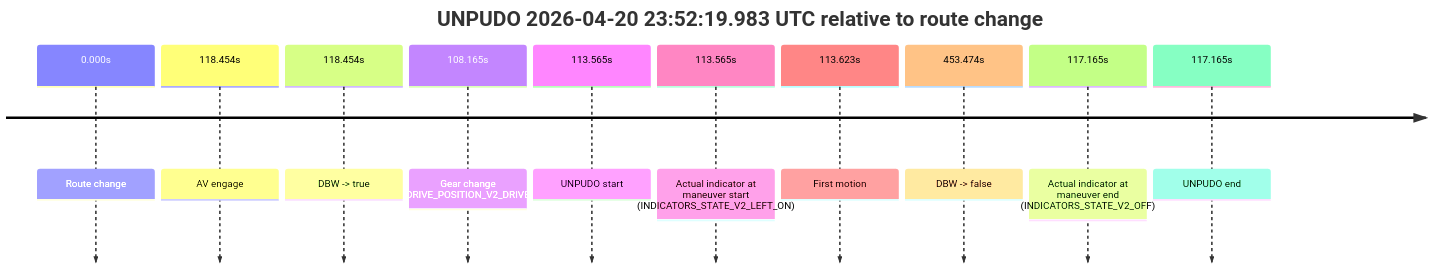
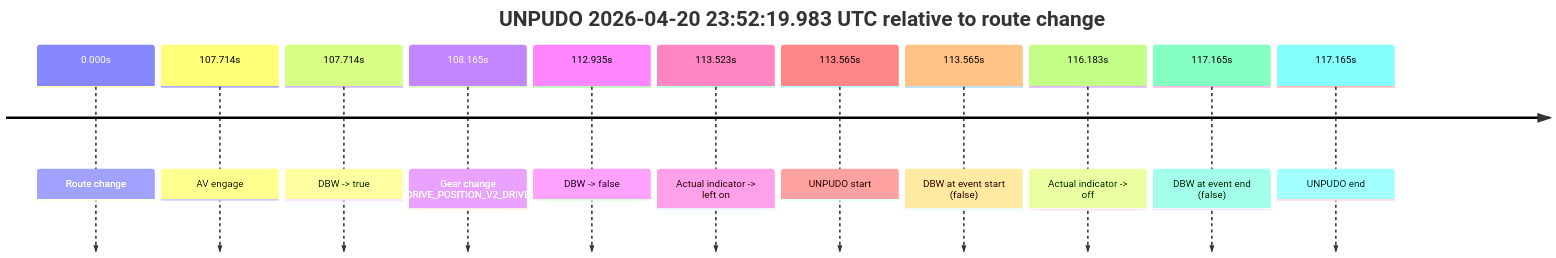
Before and after one commit to yoelshapiro/vault: the second of 2 diagrams in model_analysis/report_cards/2026/04/Week-4/fme10010--2026-04-20--22-24-22--gen2-av-ea132a67-4823-4b83-bf42-8784f70d9b1f.md, drawn with Mermaid. The commit also changed other lines of this file and 85 other files, not shown here.

````diff
--- a/model_analysis/report_cards/2026/04/Week-4/fme10010--2026-04-20--22-24-22--gen2-av-ea132a67-4823-4b83-bf42-8784f70d9b1f.md
+++ b/model_analysis/report_cards/2026/04/Week-4/fme10010--2026-04-20--22-24-22--gen2-av-ea132a67-4823-4b83-bf42-8784f70d9b1f.md
@@ -129,14 +131,15 @@
 ```mermaid
 timeline
     title UNPUDO 2026-04-20 23:52:19.983 UTC relative to route change
     0.000s : Route change
-    118.454s : AV engage
-    118.454s : DBW -> true
+    107.714s : AV engage
+    107.714s : DBW -> true
     108.165s : Gear change (DRIVE_POSITION_V2_DRIVE)
+    112.935s : DBW -> false
+    113.523s : Actual indicator -> left on
     113.565s : UNPUDO start
-    113.565s : Actual indicator at maneuver start (INDICATORS_STATE_V2_LEFT_ON)
-    113.623s : First motion
-    453.474s : DBW -> false
-    117.165s : Actual indicator at maneuver end (INDICATORS_STATE_V2_OFF)
+    113.565s : DBW at event start (false)
+    116.183s : Actual indicator -> off
+    117.165s : DBW at event end (false)
     117.165s : UNPUDO end
 ```
````
